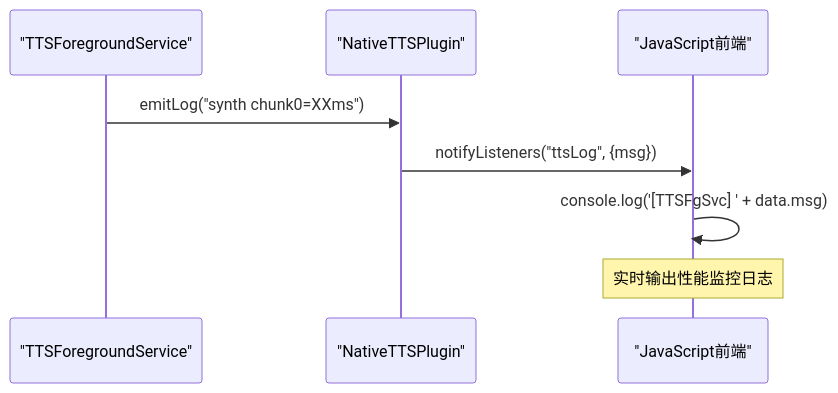
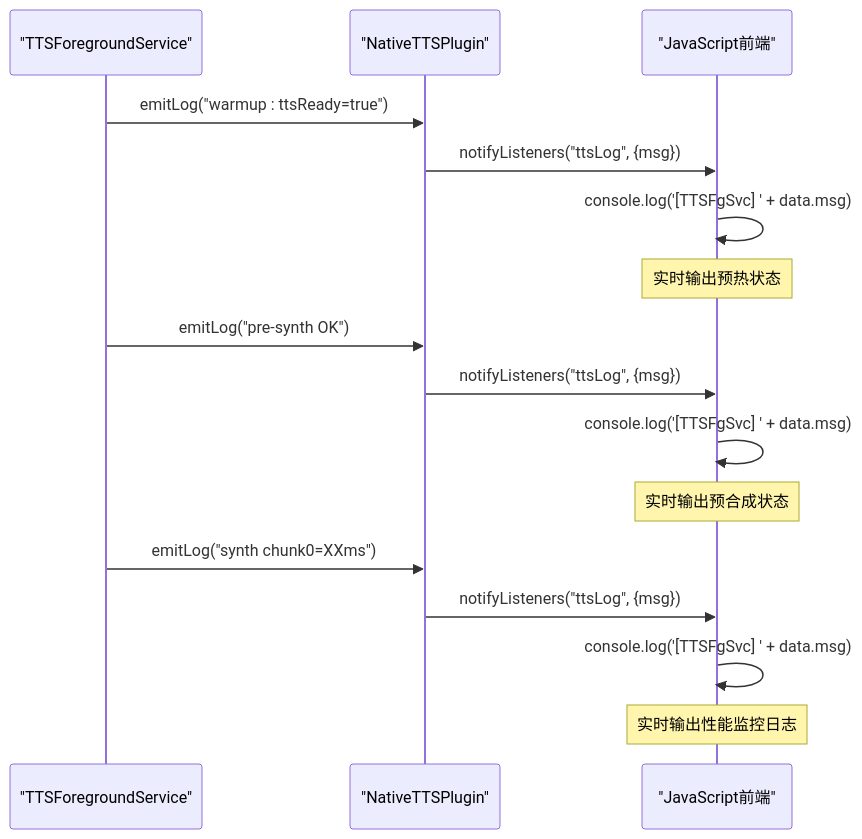
Before and after one commit to zhao-zg/cx: the ninth of 11 diagrams in .qoder/repowiki/zh/content/移动应用开发/移动应用开发.md, drawn with Mermaid. The commit also changed other lines of this file and 31 other files, not shown here.

````diff
--- a/.qoder/repowiki/zh/content/移动应用开发/移动应用开发.md
+++ b/.qoder/repowiki/zh/content/移动应用开发/移动应用开发.md
@@ -451,10 +481,18 @@
 ```mermaid
 sequenceDiagram
 participant S as "TTSForegroundService"
 participant P as "NativeTTSPlugin"
 participant J as "JavaScript前端"
+S->>P : emitLog("warmup : ttsReady=true")
+P->>J : notifyListeners("ttsLog", {msg})
+J->>J : console.log('[TTSFgSvc] ' + data.msg)
+Note over J : 实时输出预热状态
+S->>P : emitLog("pre-synth OK")
+P->>J : notifyListeners("ttsLog", {msg})
+J->>J : console.log('[TTSFgSvc] ' + data.msg)
+Note over J : 实时输出预合成状态
 S->>P : emitLog("synth chunk0=XXms")
 P->>J : notifyListeners("ttsLog", {msg})
 J->>J : console.log('[TTSFgSvc] ' + data.msg)
 Note over J : 实时输出性能监控日志
 ```
````
